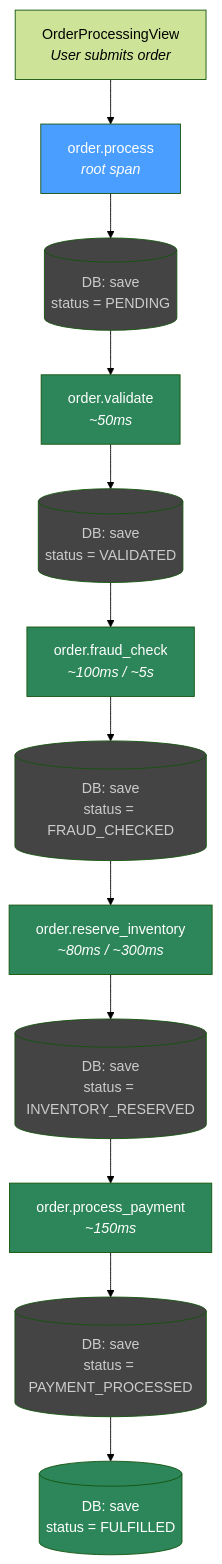
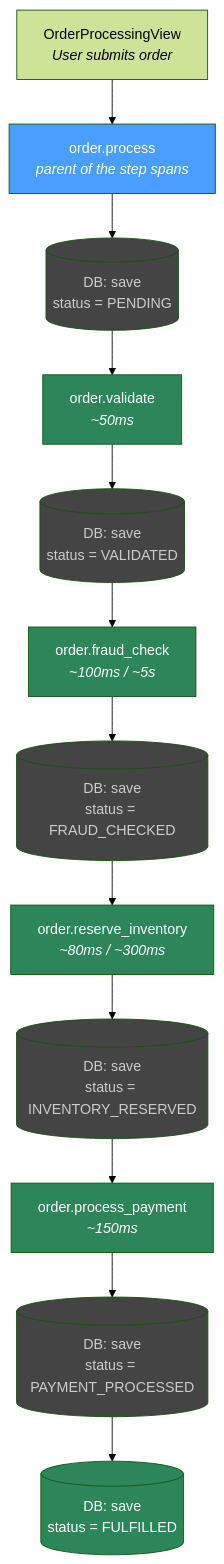
The first of 4 diagrams in docs/order-processing-flow.md (petrixh/vaadinobskitdemo), drawn with Mermaid (forest theme) before and after one commit. The commit also changed other lines of this file and 28 other files, not shown here.

````diff
--- a/docs/order-processing-flow.md
+++ b/docs/order-processing-flow.md
@@ -9,30 +13,30 @@
 ```mermaid
 flowchart TD
     UI["OrderProcessingView<br/><i>User submits order</i>"]
-    PROC["order.process<br/><i>root span</i>"]
+    PROC["order.process<br/><i>parent of the step spans</i>"]
     DB0[("DB: save<br/>status = PENDING")]
     VAL["order.validate<br/><i>~50ms</i>"]
     DB1[("DB: save<br/>status = VALIDATED")]
     FRAUD["order.fraud_check<br/><i>~100ms / ~5s</i>"]
     DB2[("DB: save<br/>status = FRAUD_CHECKED")]
     INV["order.reserve_inventory<br/><i>~80ms / ~300ms</i>"]
     DB3[("DB: save<br/>status = INVENTORY_RESERVED")]
     PAY["order.process_payment<br/><i>~150ms</i>"]
     DB4[("DB: save<br/>status = PAYMENT_PROCESSED")]
     DONE[("DB: save<br/>status = FULFILLED")]
 
     UI --> PROC
     PROC --> DB0 --> VAL --> DB1 --> FRAUD --> DB2 --> INV --> DB3 --> PAY --> DB4 --> DONE
 
     style PROC fill:#4a9eff,color:#fff
     style VAL fill:#2d8659,color:#fff
     style FRAUD fill:#2d8659,color:#fff
     style INV fill:#2d8659,color:#fff
     style PAY fill:#2d8659,color:#fff
     style DONE fill:#2d8659,color:#fff
     style DB0 fill:#444,color:#ccc
     style DB1 fill:#444,color:#ccc
     style DB2 fill:#444,color:#ccc
     style DB3 fill:#444,color:#ccc
     style DB4 fill:#444,color:#ccc
 ```
````
